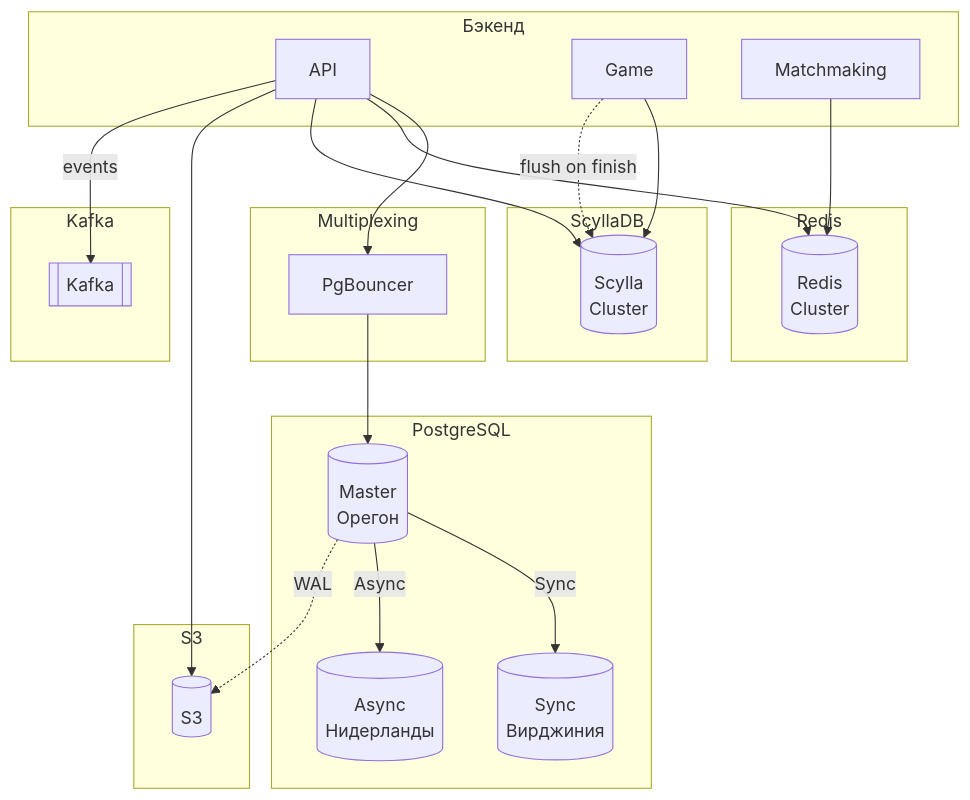
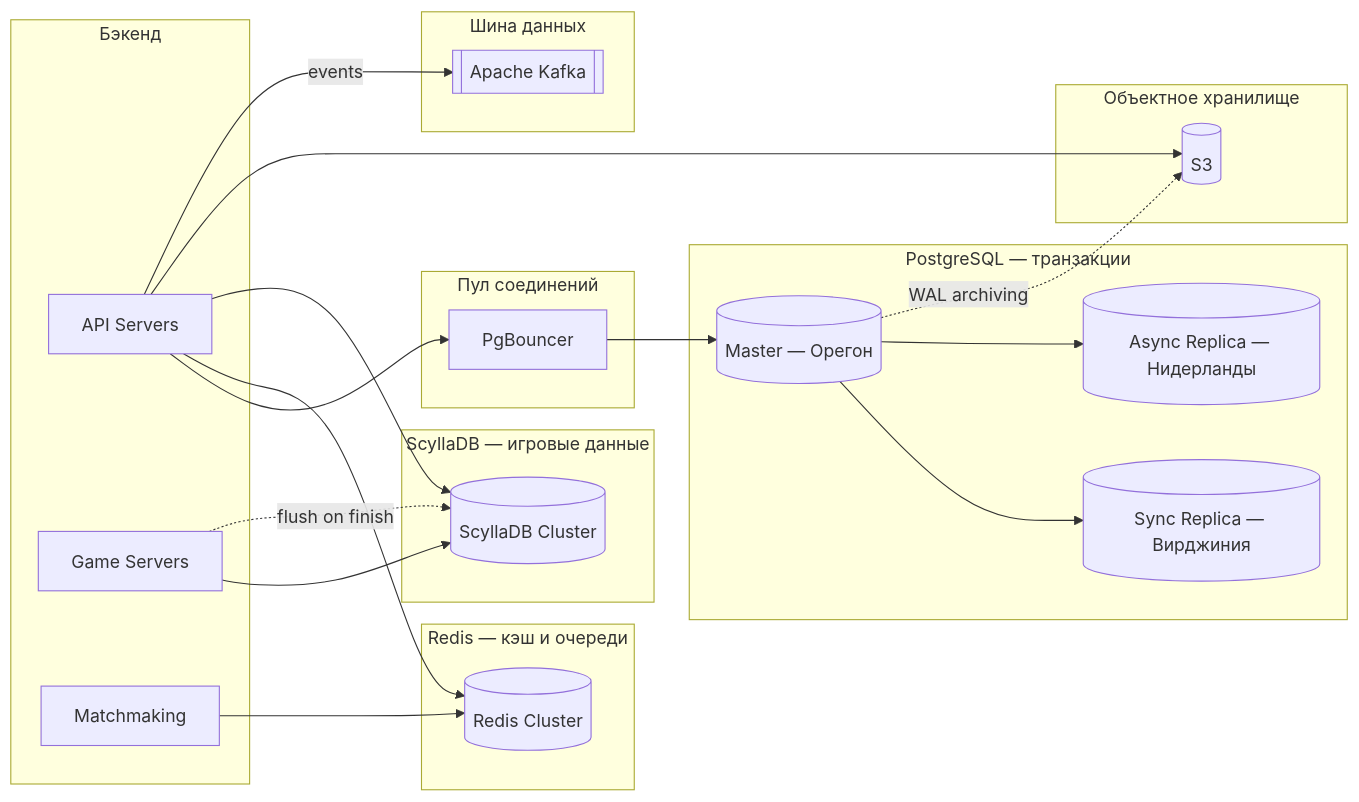
Before and after one commit to mamikulin/highload_tp_3sem: the diagram in README.md, drawn with Mermaid.

Commit message:
mermaidFix

````diff
--- a/README.md
+++ b/README.md
@@ -321,47 +321,47 @@
 ```mermaid
-graph TD
-    subgraph "Бэкенд"
-        API[API]
-        GAME[Game]
-        MM[Matchmaking]
+graph LR
+    subgraph BE["Бэкенд"]
+        API["API Servers"]
+        GAME["Game Servers"]
+        MM["Matchmaking"]
     end
  
-    subgraph "Multiplexing"
-        PB[PgBouncer]
+    subgraph MX["Пул соединений"]
+        PB["PgBouncer"]
     end
  
-    subgraph "PostgreSQL"
-        PG_M[(Master\nОрегон)]
-        PG_S[(Sync\nВирджиния)]
-        PG_A[(Async\nНидерланды)]
-        PG_M -- Sync --> PG_S
-        PG_M -- Async --> PG_A
+    subgraph PG["PostgreSQL — транзакции"]
+        PG_M[("Master — Орегон")]
+        PG_S[("Sync Replica — Вирджиния")]
+        PG_A[("Async Replica — Нидерланды")]
+        PG_M --> PG_S
+        PG_M --> PG_A
     end
  
-    subgraph "ScyllaDB"
-        CAS[(Scylla\nCluster)]
+    subgraph SC["ScyllaDB — игровые данные"]
+        CAS[("ScyllaDB Cluster")]
     end
  
-    subgraph "Redis"
-        RED[(Redis\nCluster)]
+    subgraph RD["Redis — кэш и очереди"]
+        RED[("Redis Cluster")]
     end
  
-    subgraph "Kafka"
-        KAFKA[[Kafka]]
+    subgraph KF["Шина данных"]
+        KAFKA[["Apache Kafka"]]
     end
  
-    subgraph "S3"
-        OBJ[(S3)]
+    subgraph S3G["Объектное хранилище"]
+        OBJ[("S3")]
     end
  
     API --> PB
     PB --> PG_M
     API --> RED
     API --> CAS
     API --> OBJ
     MM --> RED
     GAME --> CAS
-    GAME -. "flush on finish" .-> CAS
-    API -- "events" --> KAFKA
-    PG_M -. "WAL" .-> OBJ
+    GAME -.->|flush on finish| CAS
+    API -->|events| KAFKA
+    PG_M -.->|WAL archiving| OBJ
 ```
````
